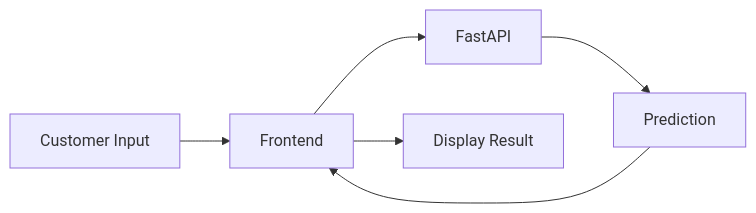
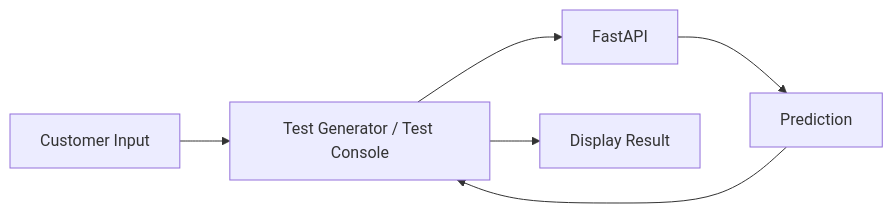
Before and after one commit to Tharuni-23/Customer-Churn-Prediction-And-Lifetime-Value-LTV-Engine: the seventh of 12 diagrams in README.md, drawn with Mermaid. The commit also changed other lines of this file and 5 other files, not shown here.

````diff
--- a/README.md
+++ b/README.md
@@ -427,8 +422,8 @@
 ```mermaid
 flowchart LR
-    A[Customer Input] --> B[Frontend]
+    A[Customer Input] --> B[Test Generator / Test Console]
     B --> C[FastAPI]
     C --> D[Prediction]
     D --> B
     B --> E[Display Result]
 ```
````
